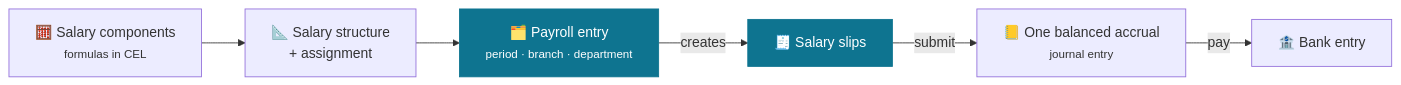
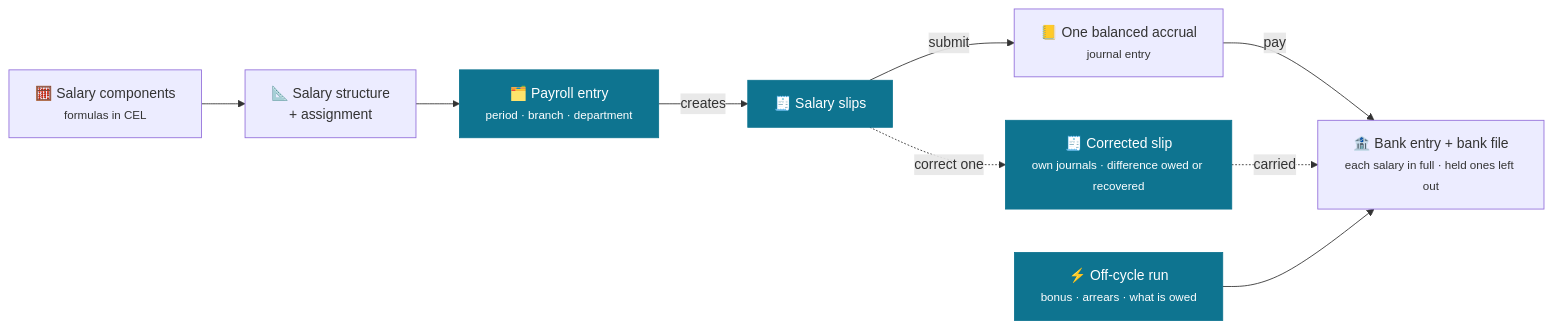
Before and after one commit to CBFerrum/ferrum-app-hr: the first of 3 diagrams in README.md, drawn with Mermaid. The commit also changed other lines of this file and 6 other files, not shown here.

````diff
--- a/README.md
+++ b/README.md
@@ -101,10 +101,13 @@
 ```mermaid
 flowchart LR
     SC["🧮 Salary components<br/><small>formulas in CEL</small>"] --> SS["📐 Salary structure<br/>+ assignment"]
     SS --> PE["🗂️ Payroll entry<br/><small>period · branch · department</small>"]
     PE -->|creates| SL["🧾 Salary slips"]
     SL -->|submit| AC["📒 One balanced accrual<br/><small>journal entry</small>"]
-    AC -->|pay| BK["🏦 Bank entry"]
+    AC -->|pay| BK["🏦 Bank entry + bank file<br/><small>each salary in full · held ones left out</small>"]
+    SL -.->|correct one| CS["🧾 Corrected slip<br/><small>own journals · difference owed or recovered</small>"]
+    CS -.->|carried| BK
+    OC["⚡ Off-cycle run<br/><small>bonus · arrears · what is owed</small>"] --> BK
     classDef app fill:#0e7490,color:#fff,stroke:#0e7490
-    class PE,SL app
+    class PE,SL,CS,OC app
 ```
````
